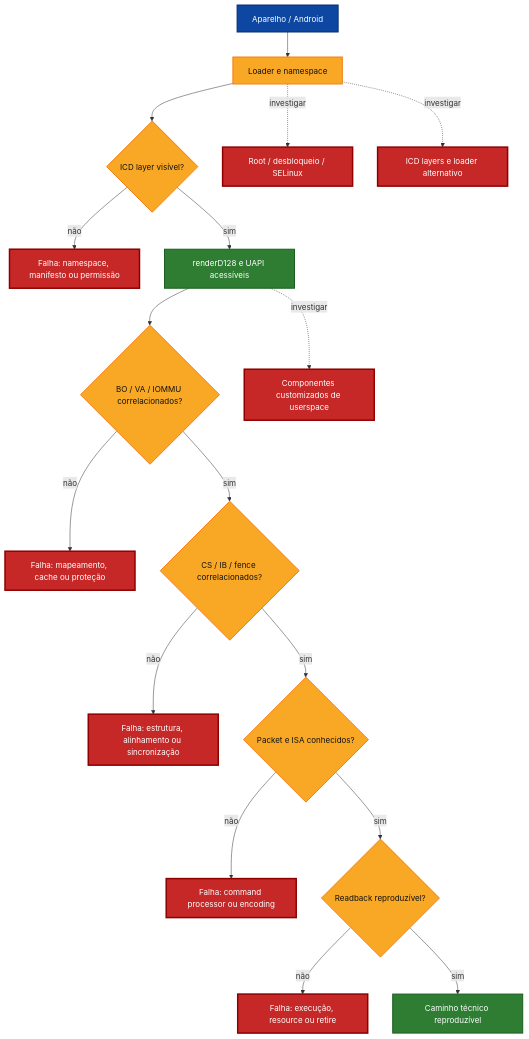
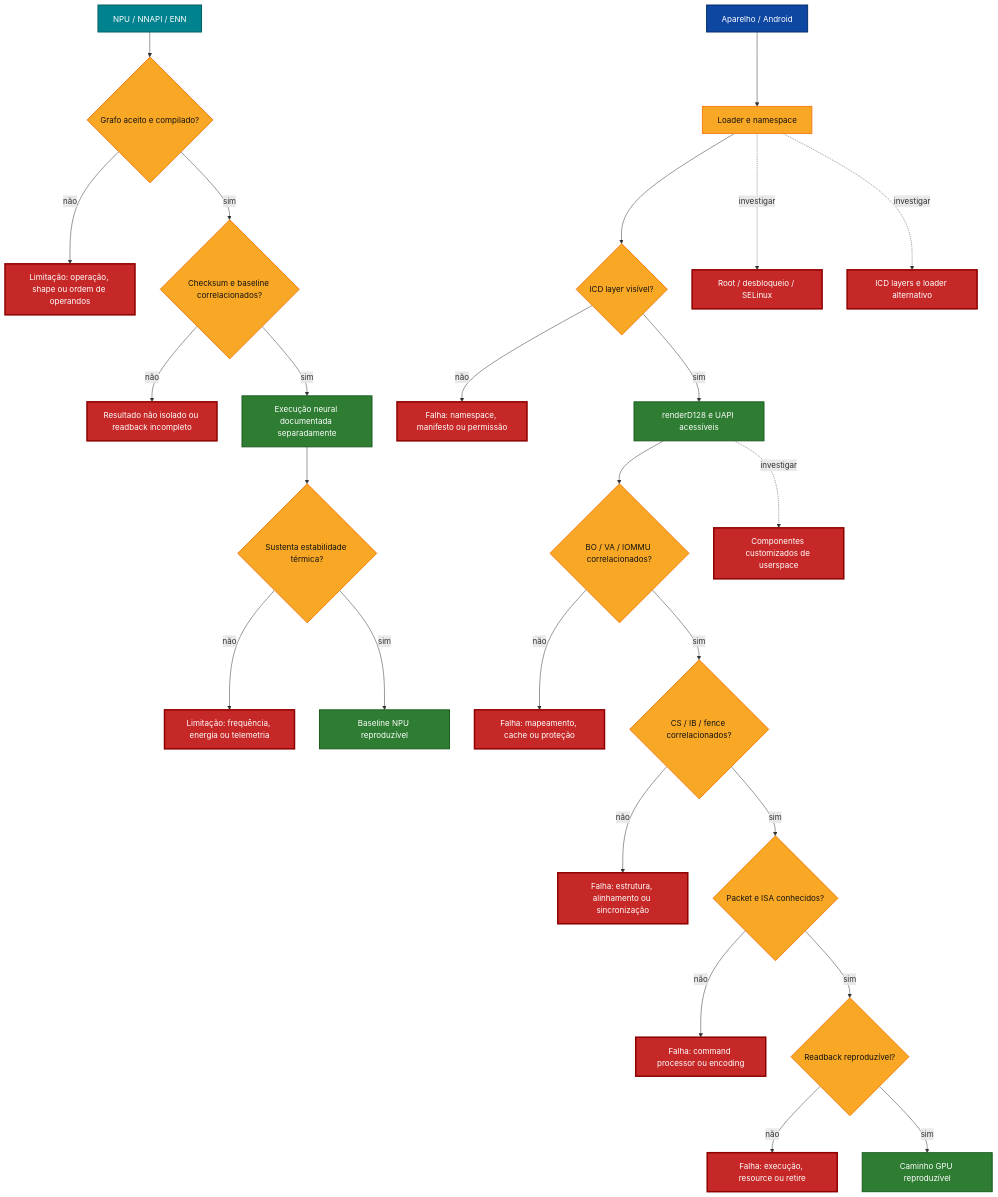
The diagram in public/MAPA_FALHAS_Xclipse_940.mmd (souza60029-wq/Xclipse-Open-Project), drawn with Mermaid before and after one commit. The commit also changed 11 other files, not shown here.

Commit message:
Add NPU and NNAPI branch to technical maps

```diff
--- a/public/MAPA_FALHAS_Xclipse_940.mmd
+++ b/public/MAPA_FALHAS_Xclipse_940.mmd
@@ -1,22 +1,33 @@
 flowchart TD
   classDef boundary fill:#0d47a1,color:#fff,stroke:#082f6b,stroke-width:2px
   classDef partial fill:#f9a825,color:#111,stroke:#f57f17,stroke-width:2px
   classDef risk fill:#c62828,color:#fff,stroke:#8e0000,stroke-width:3px
   classDef confirmed fill:#2e7d32,color:#fff,stroke:#1b5e20,stroke-width:2px
+  classDef npu fill:#00838f,color:#fff,stroke:#006064,stroke-width:2px
 
   A["Aparelho / Android"]:::boundary --> B["Loader e namespace"]:::partial
   B --> C{"ICD layer visível?"}:::partial
   C -- "não" --> R1["Falha: namespace, manifesto ou permissão"]:::risk
   C -- "sim" --> D["renderD128 e UAPI acessíveis"]:::confirmed
   D --> E{"BO / VA / IOMMU correlacionados?"}:::partial
   E -- "não" --> R2["Falha: mapeamento, cache ou proteção"]:::risk
   E -- "sim" --> F{"CS / IB / fence correlacionados?"}:::partial
   F -- "não" --> R3["Falha: estrutura, alinhamento ou sincronização"]:::risk
   F -- "sim" --> G{"Packet e ISA conhecidos?"}:::partial
   G -- "não" --> R4["Falha: command processor ou encoding"]:::risk
   G -- "sim" --> H{"Readback reproduzível?"}:::partial
   H -- "não" --> R5["Falha: execução, resource ou retire"]:::risk
-  H -- "sim" --> I["Caminho técnico reproduzível"]:::confirmed
+  H -- "sim" --> I["Caminho GPU reproduzível"]:::confirmed
+
+  N["NPU / NNAPI / ENN"]:::npu --> N1{"Grafo aceito e compilado?"}:::partial
+  N1 -- "não" --> NR1["Limitação: operação, shape ou ordem de operandos"]:::risk
+  N1 -- "sim" --> N2{"Checksum e baseline correlacionados?"}:::partial
+  N2 -- "não" --> NR2["Resultado não isolado ou readback incompleto"]:::risk
+  N2 -- "sim" --> N3["Execução neural documentada separadamente"]:::confirmed
+  N3 --> N4{"Sustenta estabilidade térmica?"}:::partial
+  N4 -- "não" --> NR3["Limitação: frequência, energia ou telemetria"]:::risk
+  N4 -- "sim" --> N5["Baseline NPU reproduzível"]:::confirmed
+
   B -. "investigar" .-> X1["Root / desbloqueio / SELinux"]:::risk
   B -. "investigar" .-> X2["ICD layers e loader alternativo"]:::risk
   D -. "investigar" .-> X3["Componentes customizados de userspace"]:::risk
```
